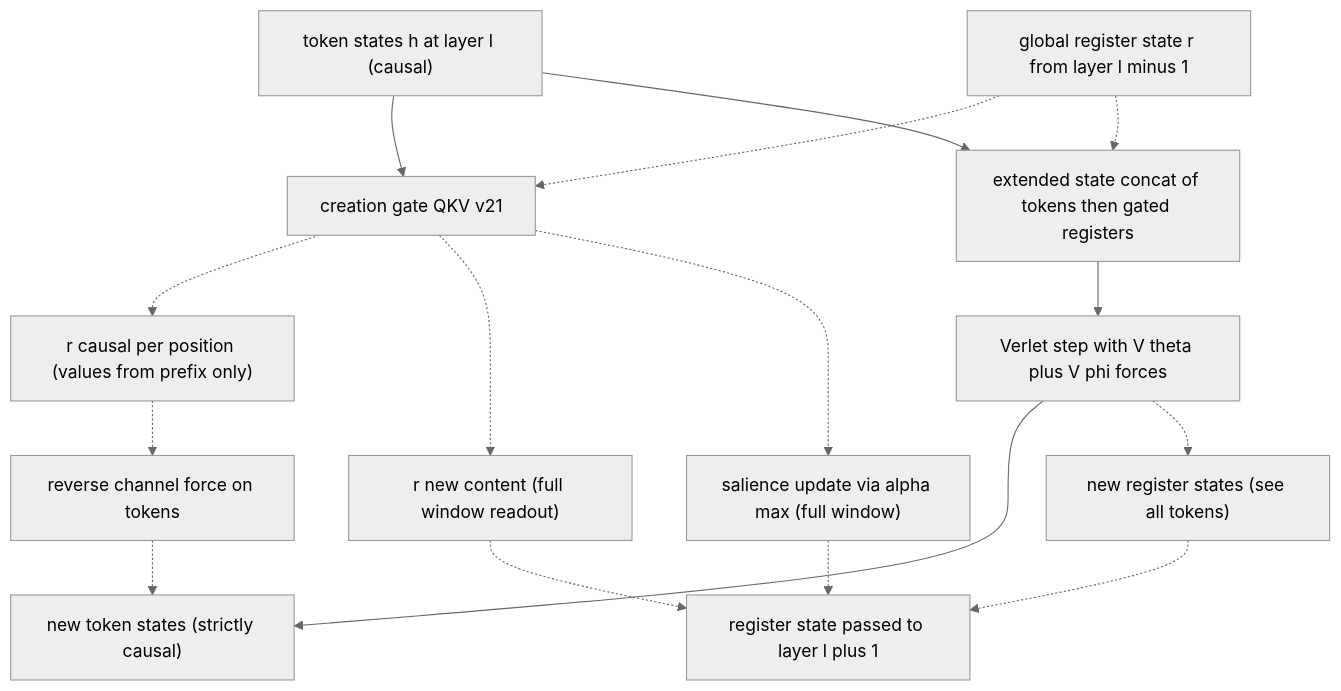
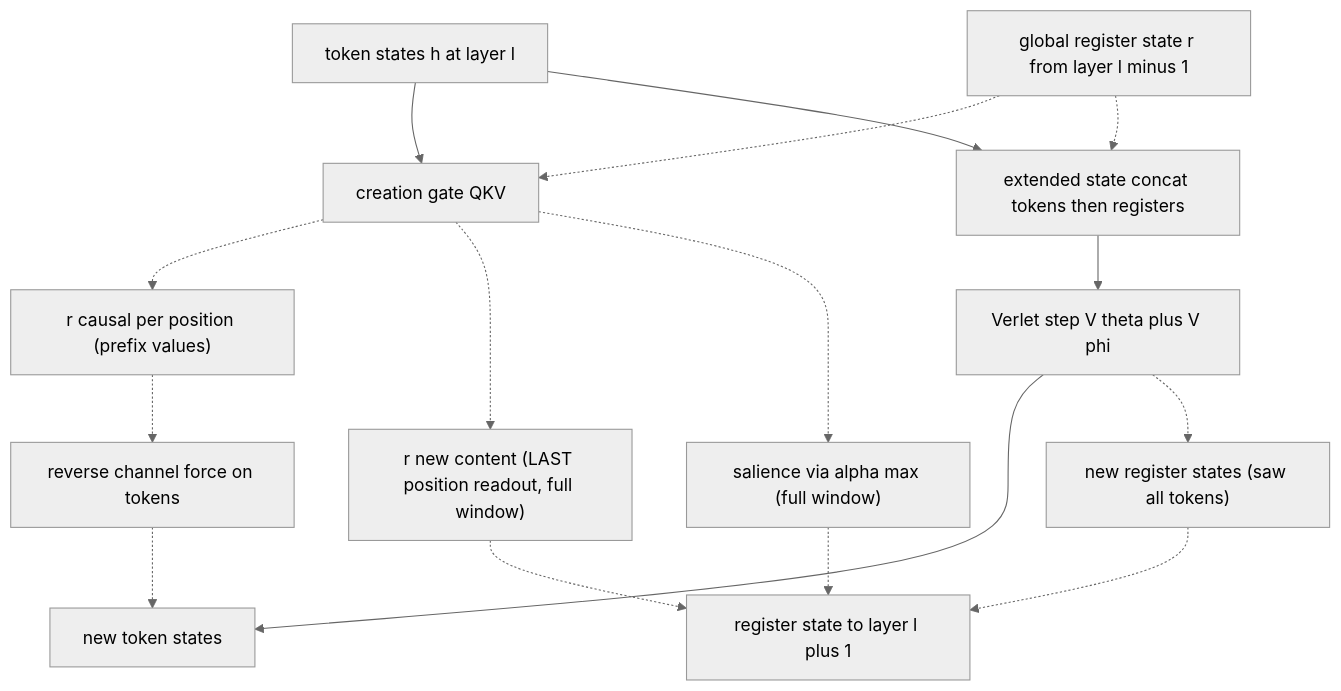
Before and after one commit to dimitarpg13/semsimula-paper: the second of 5 diagrams in companion_notes/Fock-PARFLM_Causal_Leak_Audit_Results.md, drawn with Mermaid (neutral theme). The commit also changed other lines of this file and 4 other files, not shown here.

````diff
--- a/companion_notes/Fock-PARFLM_Causal_Leak_Audit_Results.md
+++ b/companion_notes/Fock-PARFLM_Causal_Leak_Audit_Results.md
@@ -68,31 +84,31 @@
 ```mermaid
 flowchart TB
-    Tokens["token states h at layer l (causal)"]
+    Tokens["token states h at layer l"]
     Registers["global register state r from layer l minus 1"]
-    Creation["creation gate QKV v21"]
-    RCausal["r causal per position (values from prefix only)"]
-    RContent["r new content (full window readout)"]
-    Salience["salience update via alpha max (full window)"]
-    Extended["extended state concat of tokens then gated registers"]
-    Verlet["Verlet step with V theta plus V phi forces"]
-    NewTokens["new token states (strictly causal)"]
-    NewRegisters["new register states (see all tokens)"]
+    Creation["creation gate QKV"]
+    RCausal["r causal per position (prefix values)"]
+    RContent["r new content (LAST position readout, full window)"]
+    Salience["salience via alpha max (full window)"]
+    Extended["extended state concat tokens then registers"]
+    Verlet["Verlet step V theta plus V phi"]
+    NewTokens["new token states"]
+    NewRegisters["new register states (saw all tokens)"]
     Reverse["reverse channel force on tokens"]
-    NextLayer["register state passed to layer l plus 1"]
+    NextLayer["register state to layer l plus 1"]
 
     Tokens --> Creation
     Registers -.-> Creation
     Creation -.-> RCausal
     Creation -.-> RContent
     Creation -.-> Salience
     Tokens --> Extended
     Registers -.-> Extended
     Extended --> Verlet
     Verlet --> NewTokens
     Verlet -.-> NewRegisters
     RCausal -.-> Reverse
     Reverse -.-> NewTokens
     RContent -.-> NextLayer
     NewRegisters -.-> NextLayer
     Salience -.-> NextLayer
 ```
````
